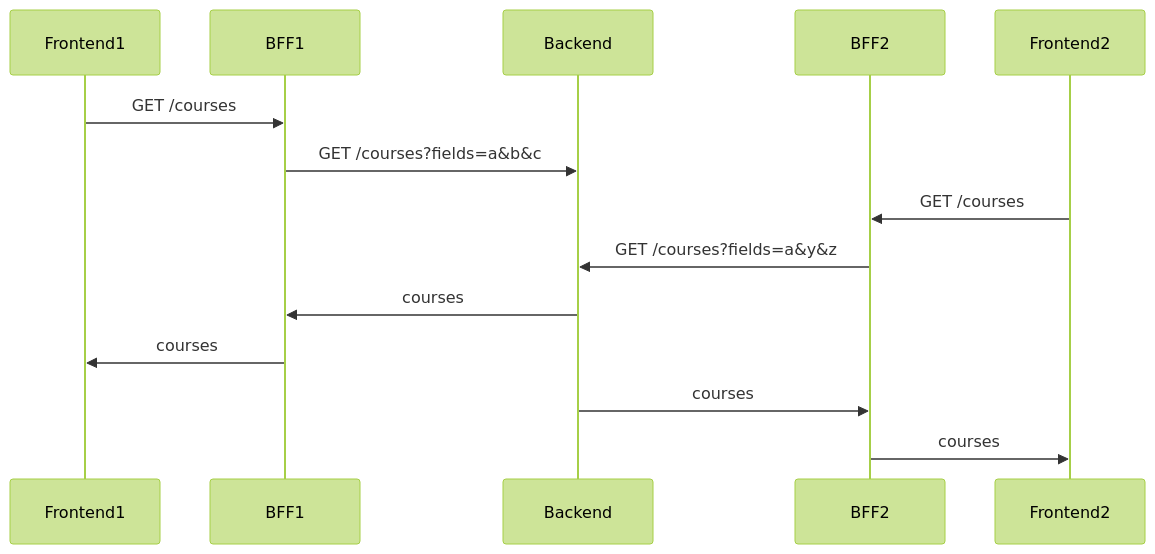
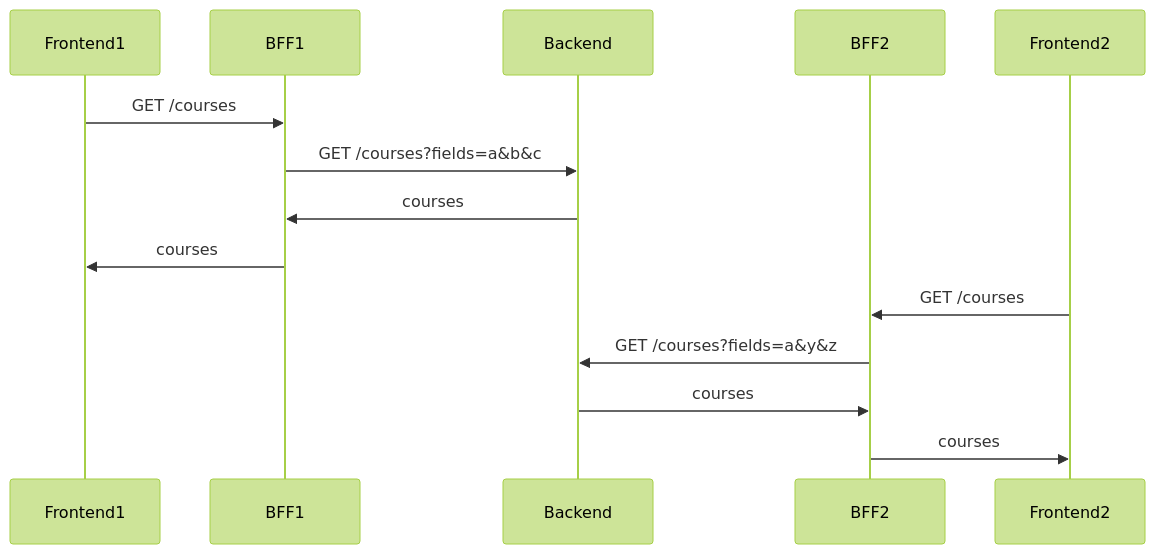
Before and after one commit to rafael-g-depaulo/obsidian-vault: the diagram in Programming/Backend/BFF - Backend for Frontend.md, drawn with Mermaid (forest theme). The commit also changed other lines of this file and 6 other files, not shown here.

````diff
--- a/Programming/Backend/BFF - Backend for Frontend.md
+++ b/Programming/Backend/BFF - Backend for Frontend.md
@@ -3,18 +3,18 @@
 ```mermaid
 
 sequenceDiagram
 		participant Frontend1
 		participant BFF1
 		participant Backend
 		participant BFF2
 		participant Frontend2
 
     Frontend1->>BFF1: GET /courses
     BFF1->>Backend: GET /courses?fields=a&b&c
+    Backend->>BFF1: courses
+    BFF1->>Frontend1: courses
     Frontend2->>BFF2: GET /courses
     BFF2->>Backend: GET /courses?fields=a&y&z
-    Backend->>BFF1: courses
-    BFF1->>Frontend1: courses
     Backend->>BFF2: courses
     BFF2->>Frontend2: courses
 ```
````
